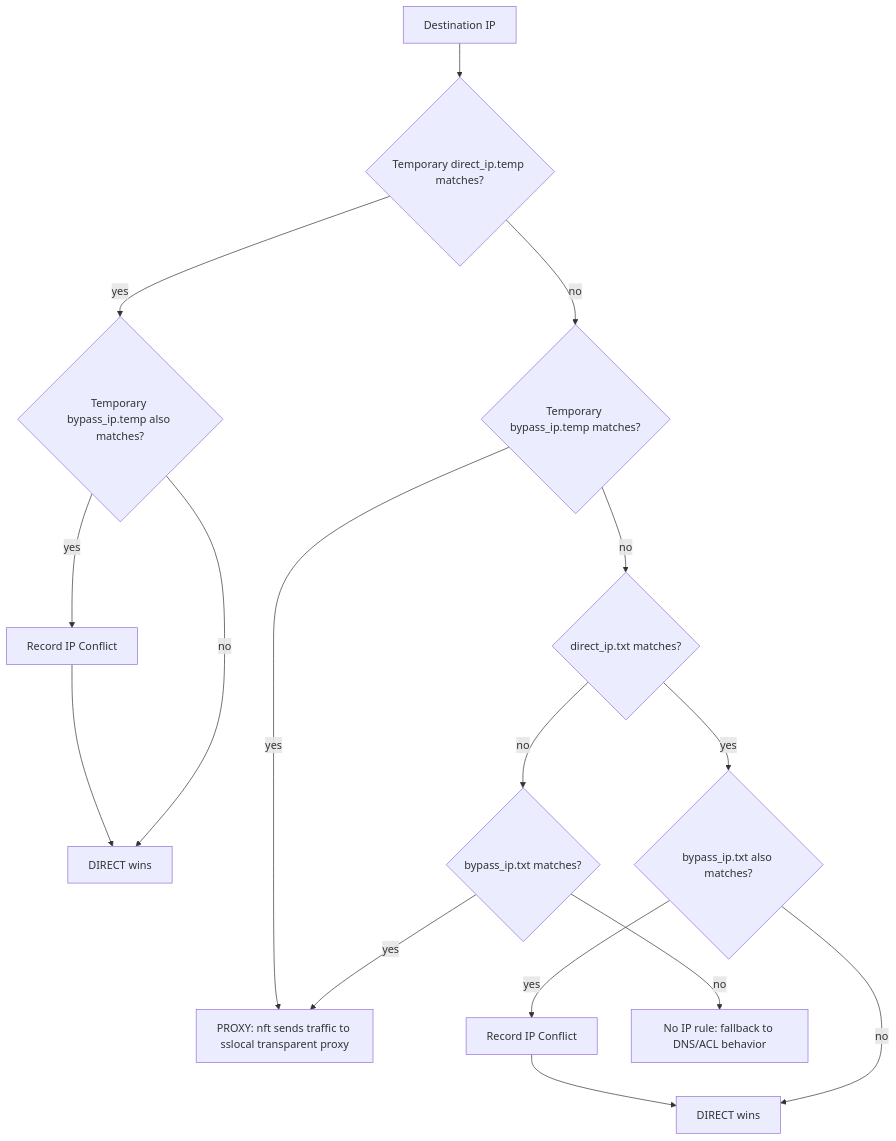
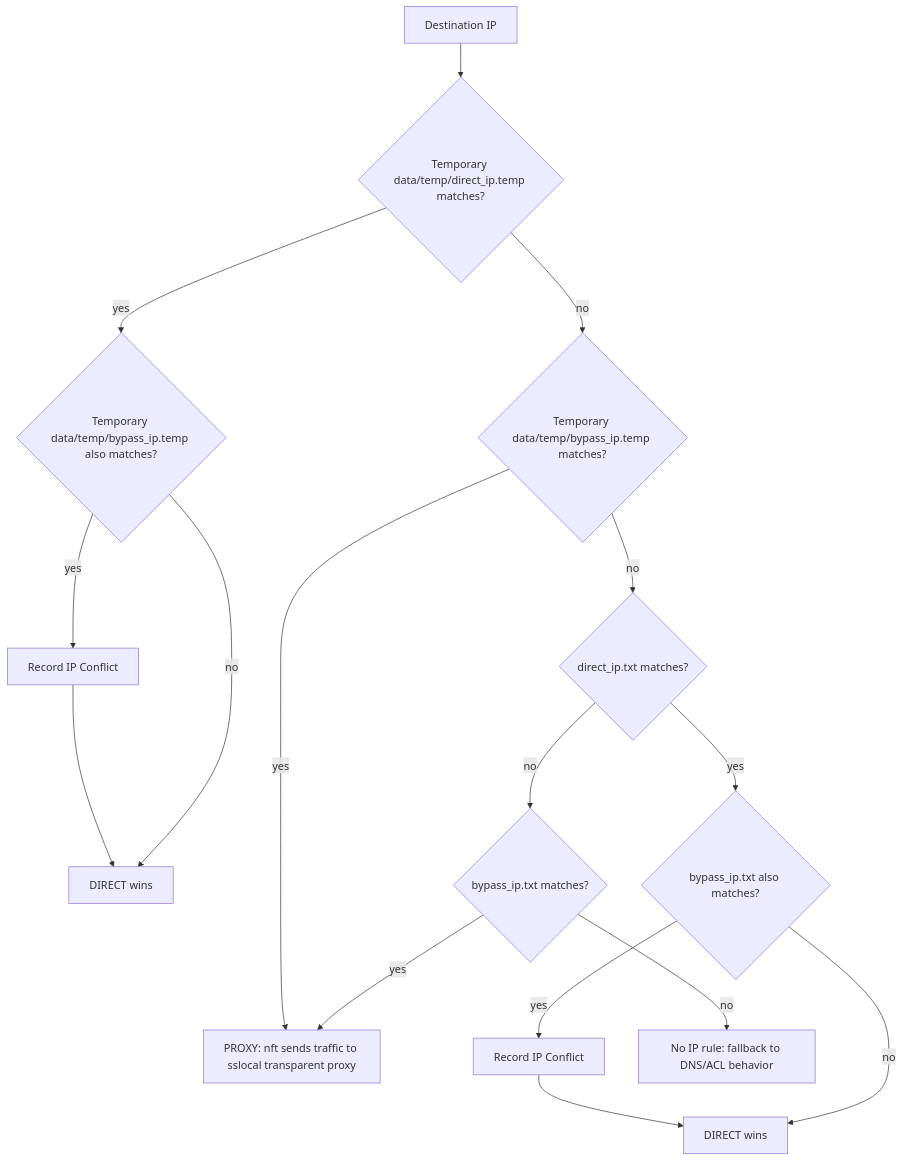
One commit to xiedeacc/shadowsocks-rust changed the second of 6 diagrams in ROUTING_LOGIC_FLOW.md. Above: the diagram before and after it, drawn with Mermaid. The commit also changed other lines of this file and 3 other files, not shown here.

Commit message:
Persist routing temp data under temp directory

````diff
--- a/ROUTING_LOGIC_FLOW.md
+++ b/ROUTING_LOGIC_FLOW.md
@@ -38,18 +38,18 @@
 ```mermaid
 flowchart TD
-    A[Destination IP] --> B{Temporary direct_ip.temp matches?}
-    B -- yes --> C{Temporary bypass_ip.temp also matches?}
+    A[Destination IP] --> B{Temporary data/temp/direct_ip.temp matches?}
+    B -- yes --> C{Temporary data/temp/bypass_ip.temp also matches?}
     C -- yes --> D[Record IP Conflict]
     D --> E[DIRECT wins]
     C -- no --> E
-    B -- no --> F{Temporary bypass_ip.temp matches?}
+    B -- no --> F{Temporary data/temp/bypass_ip.temp matches?}
     F -- yes --> G[PROXY: nft sends traffic to sslocal transparent proxy]
     F -- no --> H{direct_ip.txt matches?}
     H -- yes --> I{bypass_ip.txt also matches?}
     I -- yes --> J[Record IP Conflict]
     J --> K[DIRECT wins]
     I -- no --> K
     H -- no --> L{bypass_ip.txt matches?}
     L -- yes --> G
     L -- no --> M[No IP rule: fallback to DNS/ACL behavior]
 ```
````
